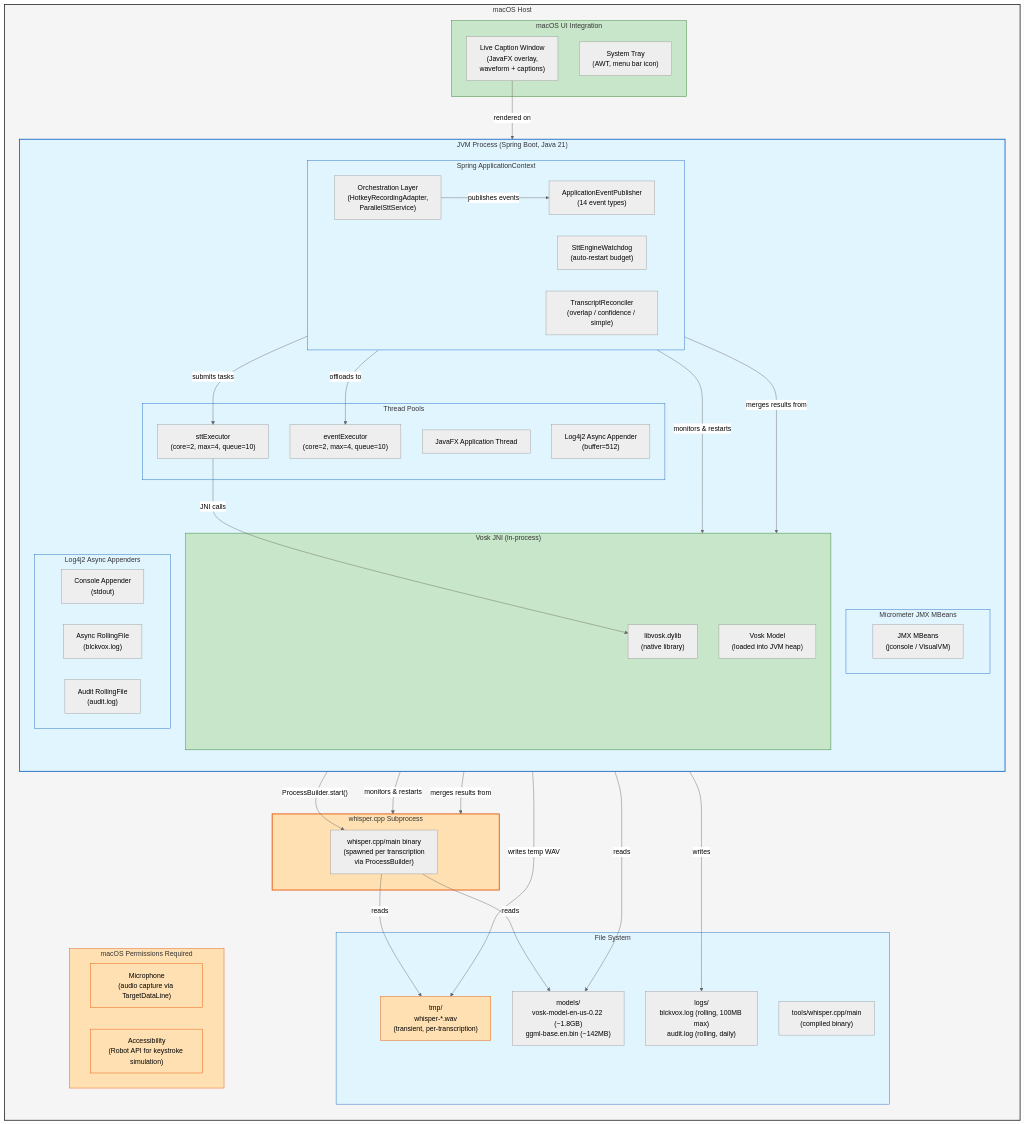
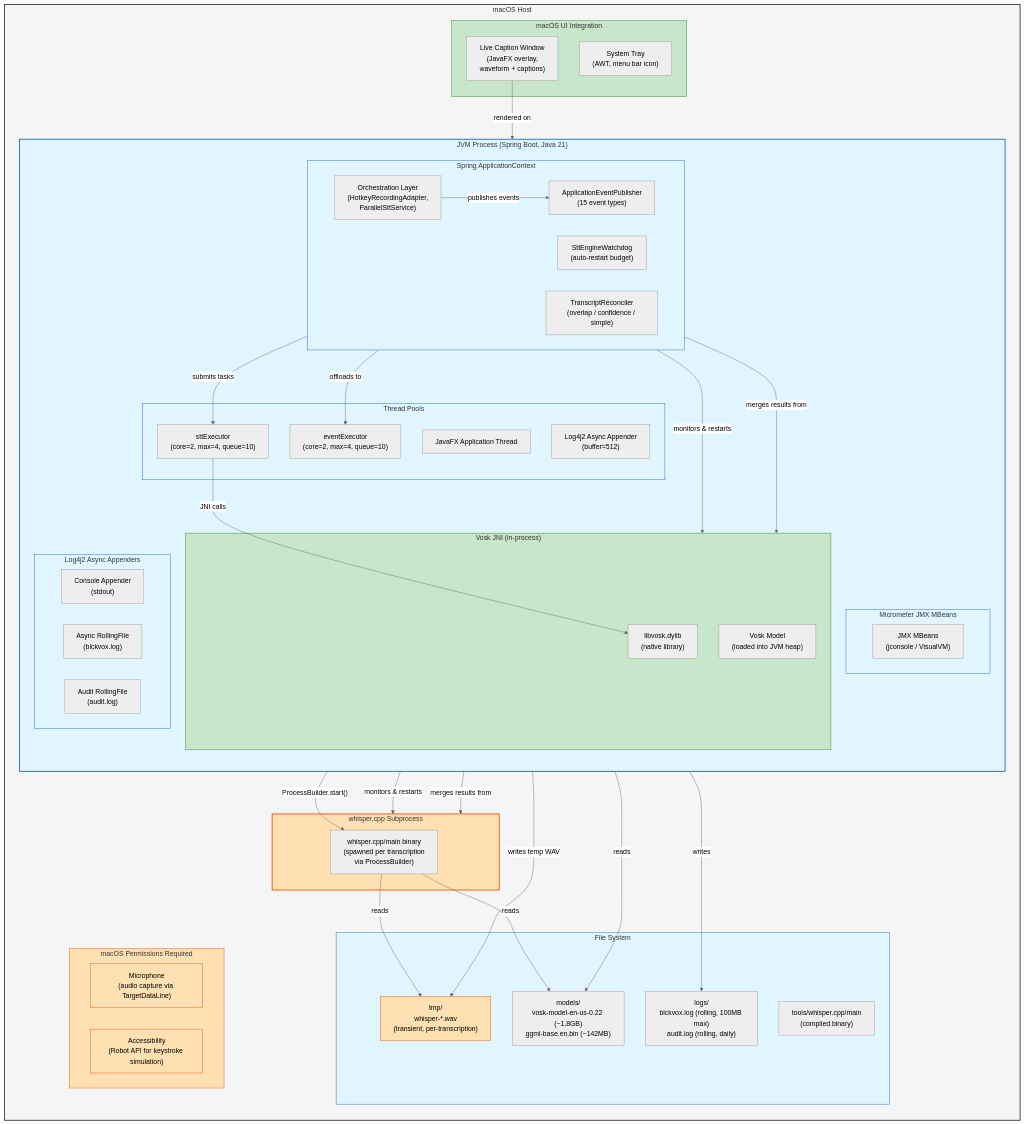
The first of 2 diagrams in docs/diagrams/deployment-topology.md (phillippitts/blckvox), drawn with Mermaid (neutral theme) before and after one commit. The commit also changed 32 other files, not shown here.

```diff
--- a/docs/diagrams/deployment-topology.md
+++ b/docs/diagrams/deployment-topology.md
@@ -19,7 +19,7 @@
             subgraph SpringCtx["Spring ApplicationContext"]
                 direction LR
                 OrchLayer["Orchestration Layer<br/>(HotkeyRecordingAdapter,<br/>ParallelSttService)"]
-                EventBus["ApplicationEventPublisher<br/>(14 event types)"]
+                EventBus["ApplicationEventPublisher<br/>(15 event types)"]
                 Watchdog["SttEngineWatchdog<br/>(auto-restart budget)"]
                 Reconciler["TranscriptReconciler<br/>(overlap / confidence / simple)"]
             end
```
